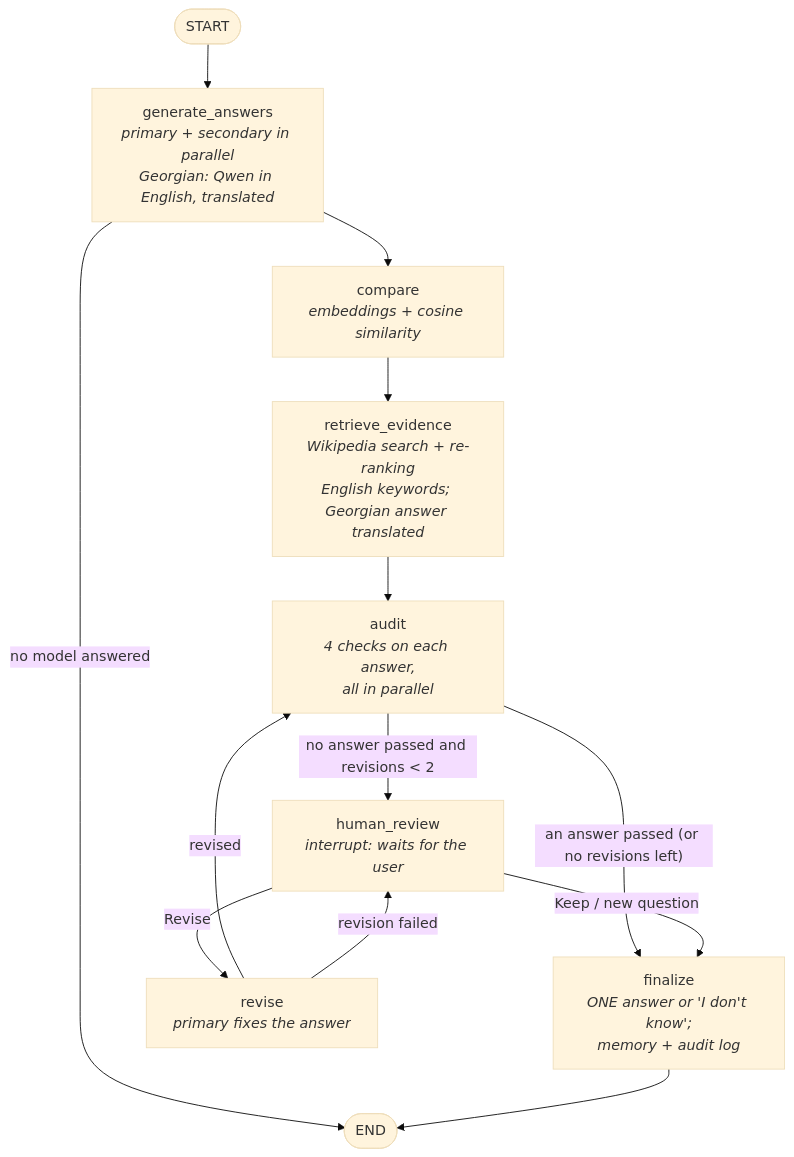
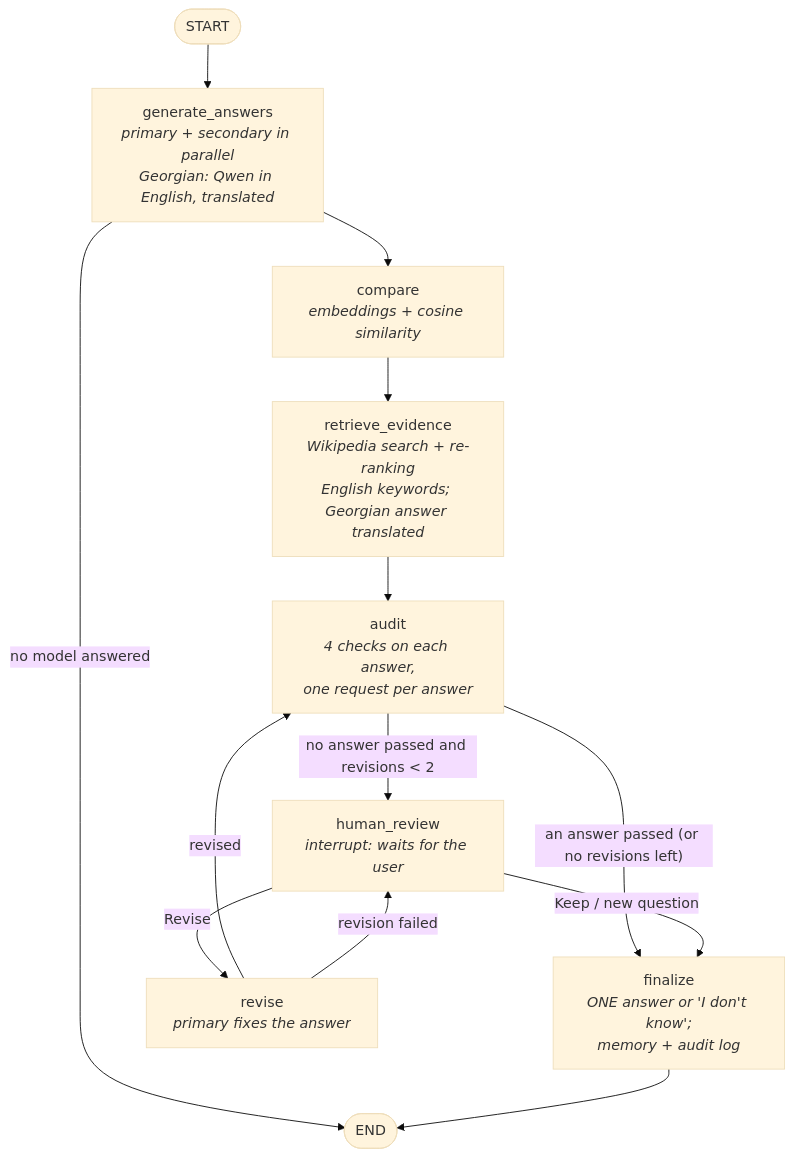
The diagram in README.md (tamarkilasonia/VerdictAI), drawn with Mermaid (base theme) before and after one commit. The commit also changed other lines of this file and 2 other files, not shown here.

First line of the commit message:
Run the four audit checks in one request

````diff
--- a/README.md
+++ b/README.md
@@ -79,15 +83,15 @@
 ```mermaid
 flowchart TD
     S([START]) --> G[generate_answers<br/><i>primary + secondary in parallel<br/>Georgian: Qwen in English, translated</i>]
     G -->|no model answered| E([END])
     G --> C[compare<br/><i>embeddings + cosine similarity</i>]
     C --> R[retrieve_evidence<br/><i>Wikipedia search + re-ranking<br/>English keywords; Georgian answer translated</i>]
-    R --> A[audit<br/><i>4 checks on each answer,<br/>all in parallel</i>]
+    R --> A[audit<br/><i>4 checks on each answer,<br/>one request per answer</i>]
     A -->|"no answer passed and revisions < 2"| H[human_review<br/><i>interrupt: waits for the user</i>]
     A -->|"an answer passed (or no revisions left)"| F[finalize<br/><i>ONE answer or 'I don't know';<br/>memory + audit log</i>]
     H -->|Revise| V[revise<br/><i>primary fixes the answer</i>]
     H -->|Keep / new question| F
     V -->|revised| A
     V -->|revision failed| H
     F --> E
 ```
````
